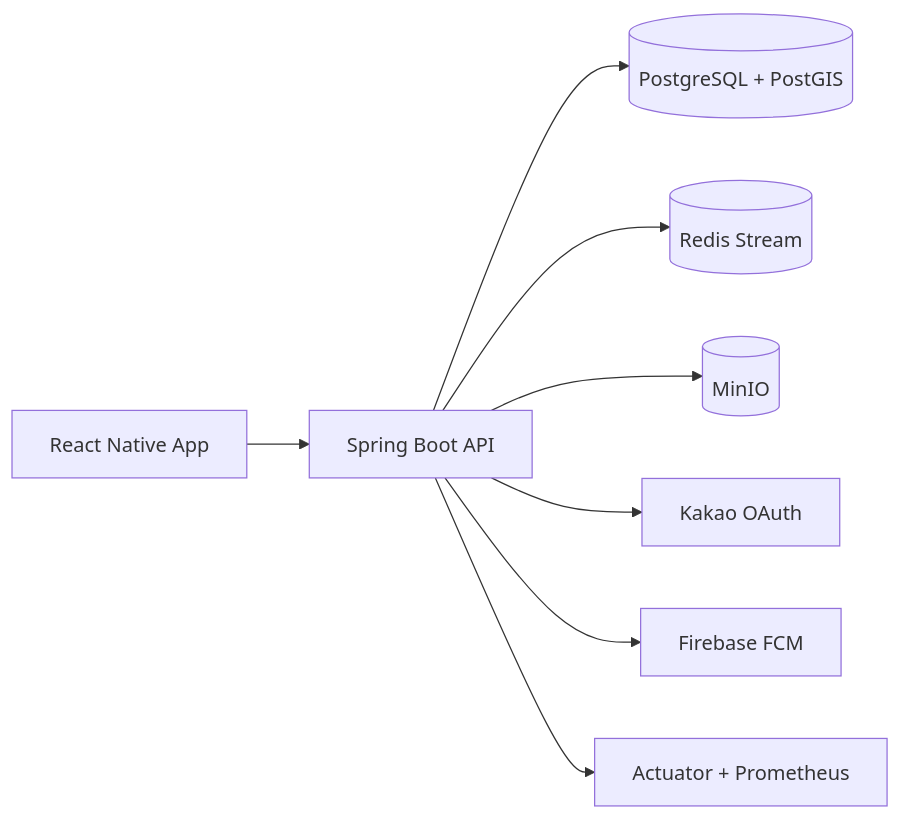
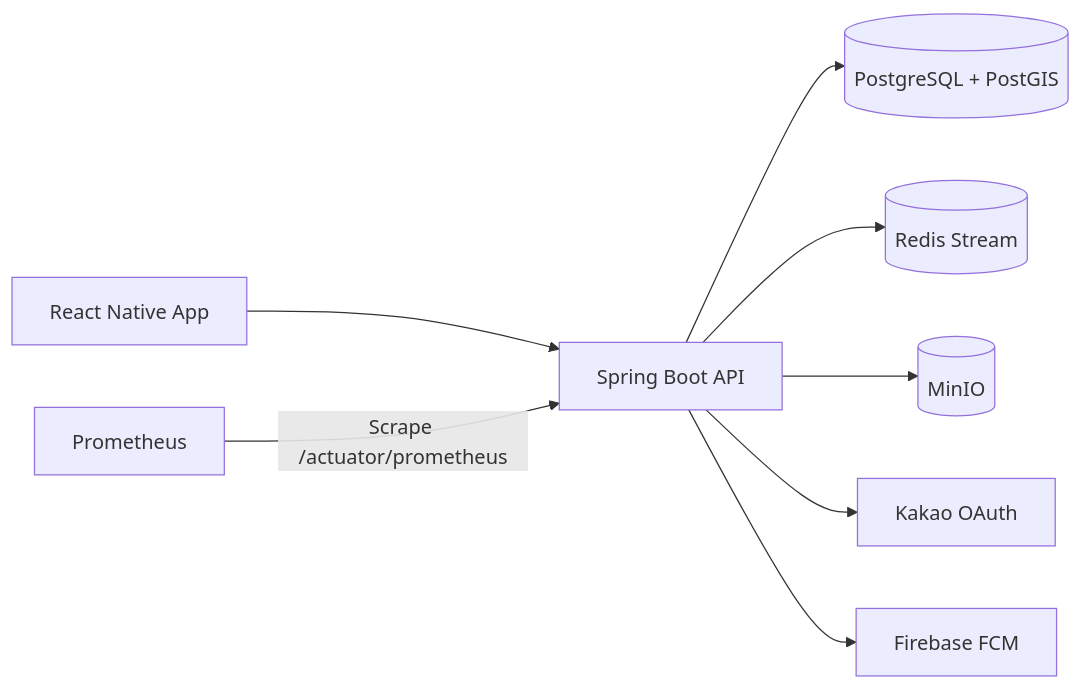
Before and after one commit to SEMOSAN/SEMOSAN_BE: the diagram in README.md, drawn with Mermaid.

Commit message:
docs: README 문서 개선

````diff
--- a/README.md
+++ b/README.md
@@ -15,13 +15,13 @@
 ```mermaid
 flowchart LR
   APP[React Native App] --> API[Spring Boot API]
 
   API --> DB[(PostgreSQL + PostGIS)]
   API --> REDIS[(Redis Stream)]
   API --> MINIO[(MinIO)]
 
   API --> KAKAO[Kakao OAuth]
   API --> FCM[Firebase FCM]
 
-  API --> ACTUATOR[Actuator + Prometheus]
+  PROM[Prometheus] -->|Scrape /actuator/prometheus| API
 ```
````
